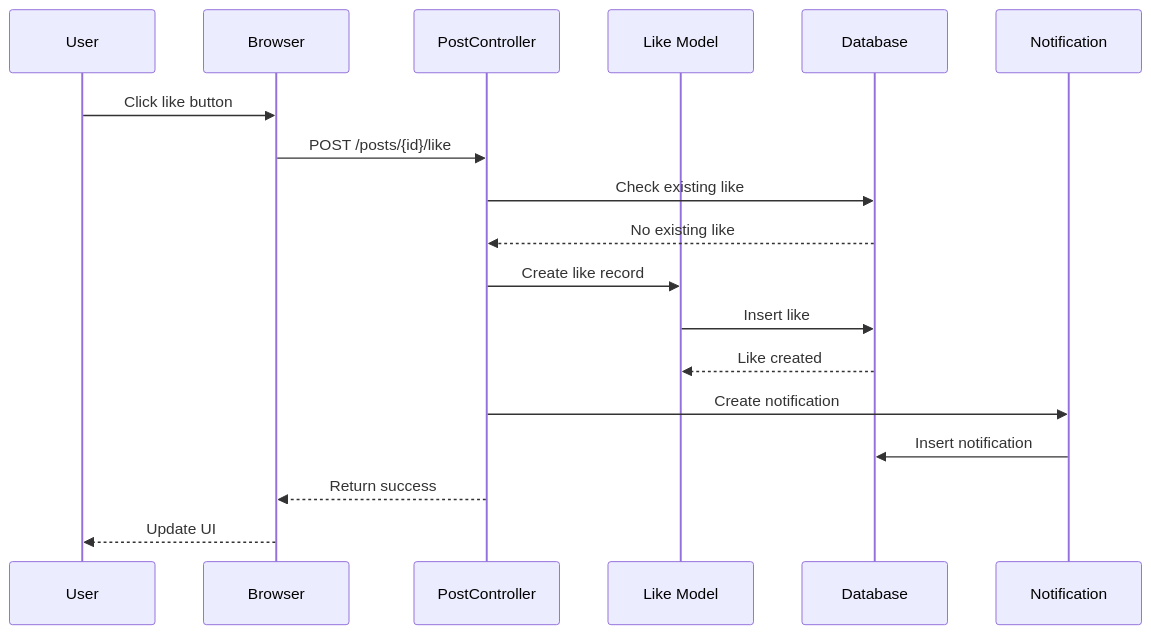
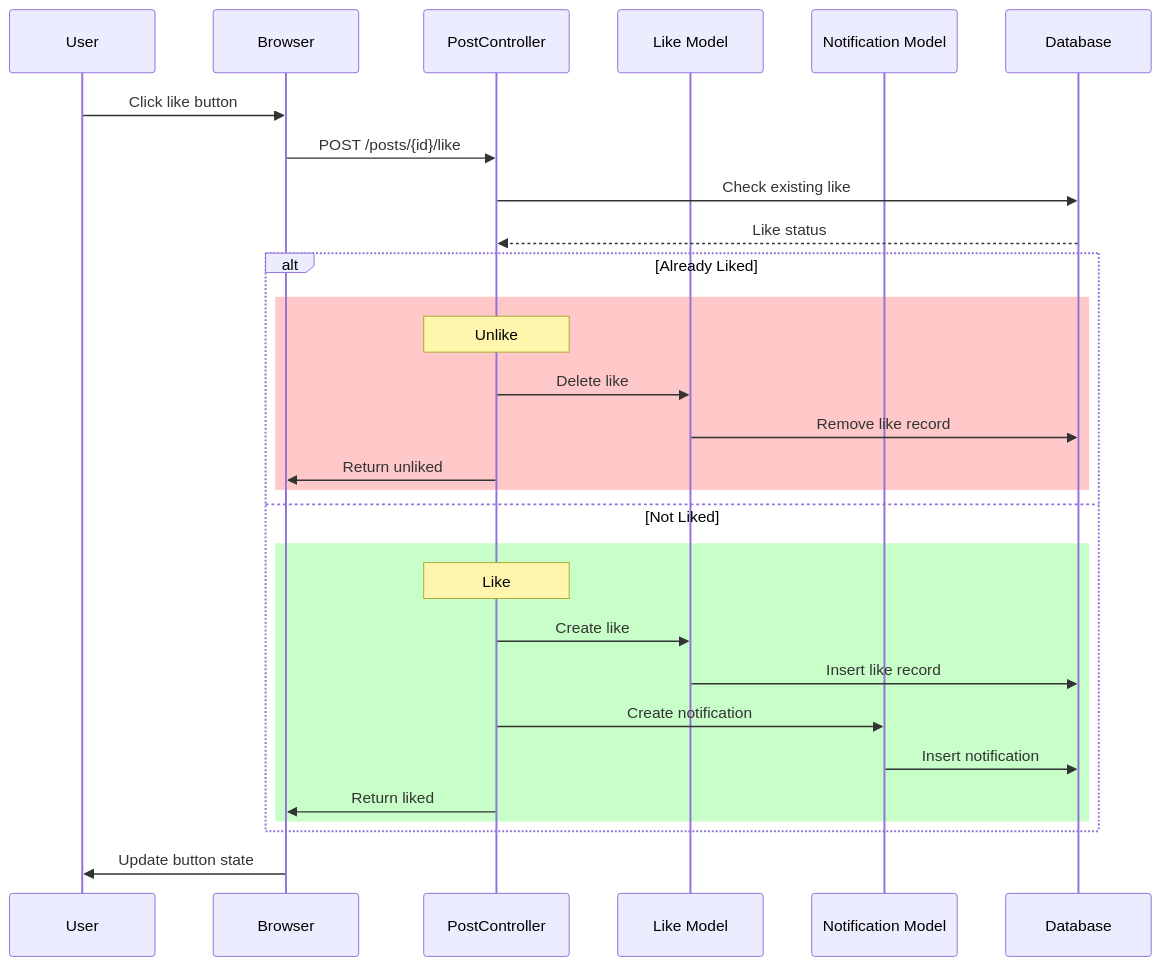
Before and after one commit to vd120/laravel_project: the seventh of 28 diagrams in UML.md, drawn with Mermaid. The commit also changed other lines of this file and 36 other files, not shown here.

````diff
--- a/UML.md
+++ b/UML.md
@@ -539,21 +1078,35 @@
 ```mermaid
 sequenceDiagram
     participant U as User
     participant B as Browser
     participant PC as PostController
-    participant L as Like Model
+    participant LikeM as Like Model
+    participant NotifM as Notification Model
     participant DB as Database
-    participant N as Notification
 
     U->>B: Click like button
     B->>PC: POST /posts/{id}/like
+
     PC->>DB: Check existing like
-    DB-->>PC: No existing like
-    PC->>L: Create like record
-    L->>DB: Insert like
-    DB-->>L: Like created
-    PC->>N: Create notification
-    N->>DB: Insert notification
-    PC-->>B: Return success
-    B-->>U: Update UI
+    DB-->>PC: Like status
+
+    alt Already Liked
+        rect rgb(255, 200, 200)
+            Note over PC: Unlike
+            PC->>LikeM: Delete like
+            LikeM->>DB: Remove like record
+            PC->>B: Return unliked
+        end
+    else Not Liked
+        rect rgb(200, 255, 200)
+            Note over PC: Like
+            PC->>LikeM: Create like
+            LikeM->>DB: Insert like record
+            PC->>NotifM: Create notification
+            NotifM->>DB: Insert notification
+            PC->>B: Return liked
+        end
+    end
+
+    B->>U: Update button state
 ```
````
